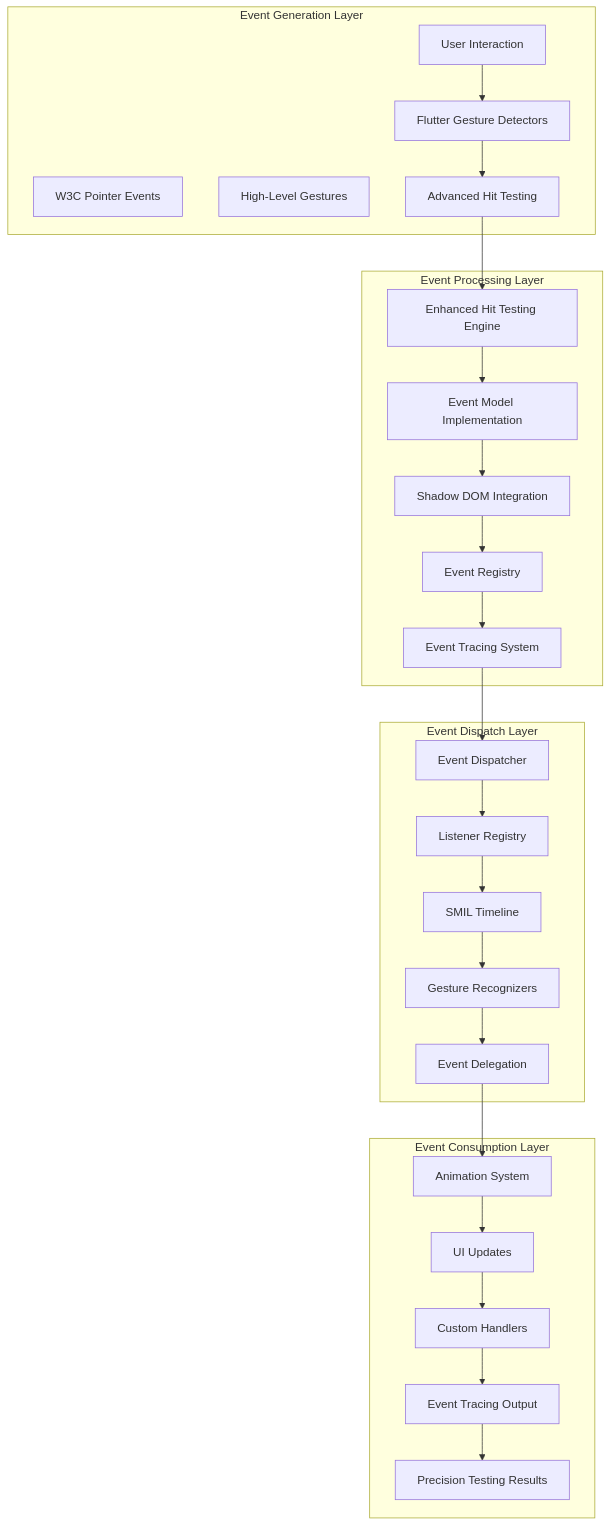
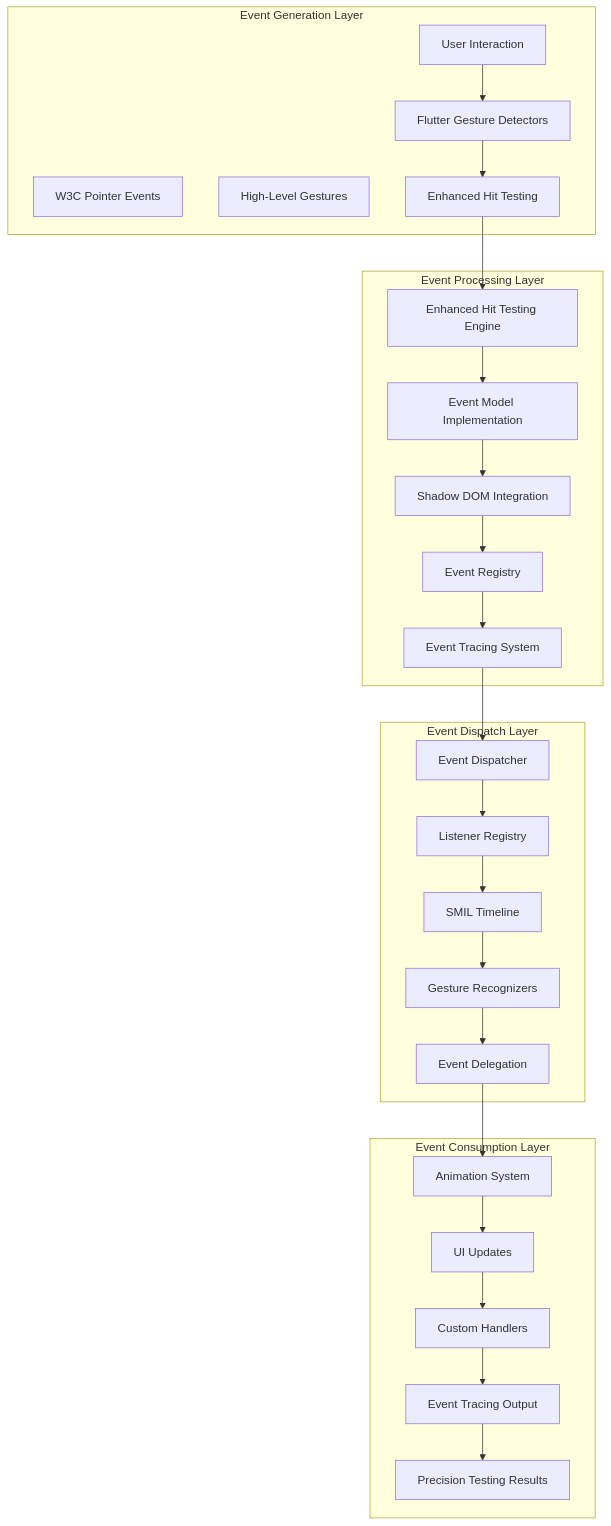
The first of 18 diagrams in .qoder/repowiki/en/content/Animated SVG Support/Event System Documentation.md (denisnadey/flutter_full_svg_support), drawn with Mermaid before and after one commit. The commit also changed other lines of this file and 10 other files, not shown here.

````diff
--- a/.qoder/repowiki/en/content/Animated SVG Support/Event System Documentation.md
+++ b/.qoder/repowiki/en/content/Animated SVG Support/Event System Documentation.md
@@ -58,48 +63,48 @@
 ```mermaid
 graph TB
 subgraph "Event Generation Layer"
 A[User Interaction]
 B[Flutter Gesture Detectors]
 C[W3C Pointer Events]
 D[High-Level Gestures]
-E[Advanced Hit Testing]
+E[Enhanced Hit Testing]
 end
 subgraph "Event Processing Layer"
 F[Enhanced Hit Testing Engine]
 G[Event Model Implementation]
 H[Event Registry]
 I[Event Tracing System]
 J[Shadow DOM Integration]
 end
 subgraph "Event Dispatch Layer"
 K[Event Dispatcher]
 L[Listener Registry]
 M[SMIL Timeline]
 N[Gesture Recognizers]
 O[Event Delegation]
 end
 subgraph "Event Consumption Layer"
 P[Animation System]
 Q[UI Updates]
 R[Custom Handlers]
 S[Event Tracing Output]
 T[Precision Testing Results]
 end
 A --> B
 B --> E
 E --> F
 F --> G
 G --> J
 J --> H
 H --> I
 I --> K
 K --> L
 L --> M
 M --> N
 N --> O
 O --> P
 P --> Q
 Q --> R
 R --> S
 S --> T
 ```
````
